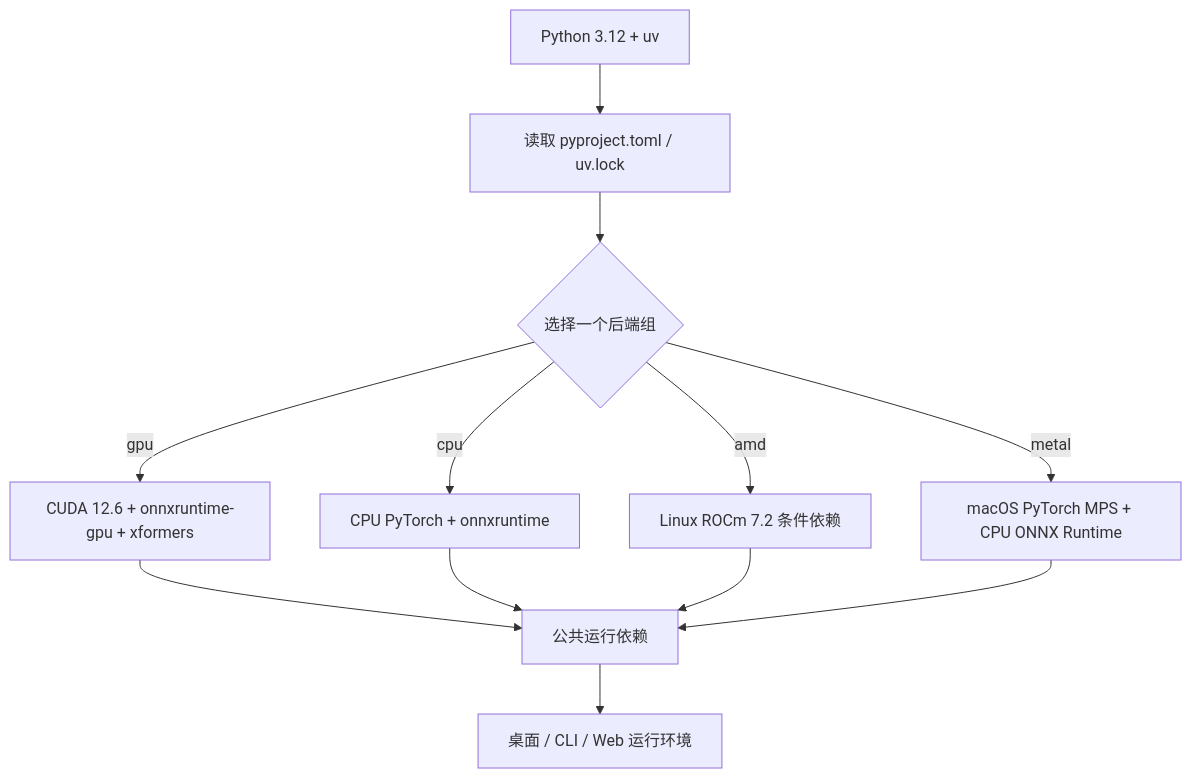
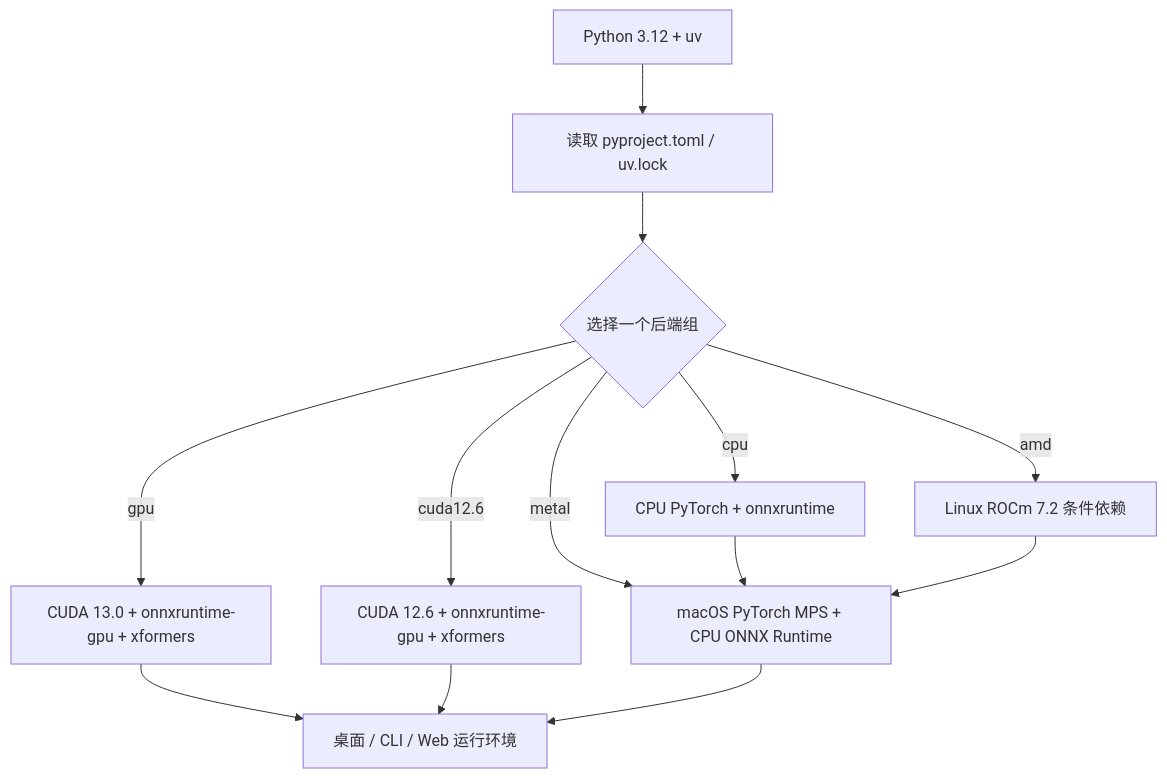
The diagram in doc/wiki/zh/install/requirements.md (hgmzhn/manga-translator-ui), drawn with Mermaid before and after one commit. The commit also changed other lines of this file and 24 other files, not shown here.

Commit message:
Build CUDA 13.0 and CUDA 12.6 GPU packages

````diff
--- a/doc/wiki/zh/install/requirements.md
+++ b/doc/wiki/zh/install/requirements.md
@@ -65,14 +66,15 @@
 ```mermaid
 flowchart TD
     A["Python 3.12 + uv"] --> B["读取 pyproject.toml / uv.lock"]
     B --> C{"选择一个后端组"}
-    C -->|gpu| D["CUDA 12.6 + onnxruntime-gpu + xformers"]
-    C -->|cpu| E["CPU PyTorch + onnxruntime"]
-    C -->|amd| F["Linux ROCm 7.2 条件依赖"]
-    C -->|metal| G["macOS PyTorch MPS + CPU ONNX Runtime"]
-    D --> H["公共运行依赖"]
-    E --> H
+    C -->|gpu| D["CUDA 13.0 + onnxruntime-gpu + xformers"]
+    C -->|cuda12.6| E["CUDA 12.6 + onnxruntime-gpu + xformers"]
+    C -->|cpu| F["CPU PyTorch + onnxruntime"]
+    C -->|amd| G["Linux ROCm 7.2 条件依赖"]
+    C -->|metal| H["macOS PyTorch MPS + CPU ONNX Runtime"]
+    D --> I["公共运行依赖"]
+    E --> I
     F --> H
     G --> H
     H --> I["桌面 / CLI / Web 运行环境"]
 ```
````
